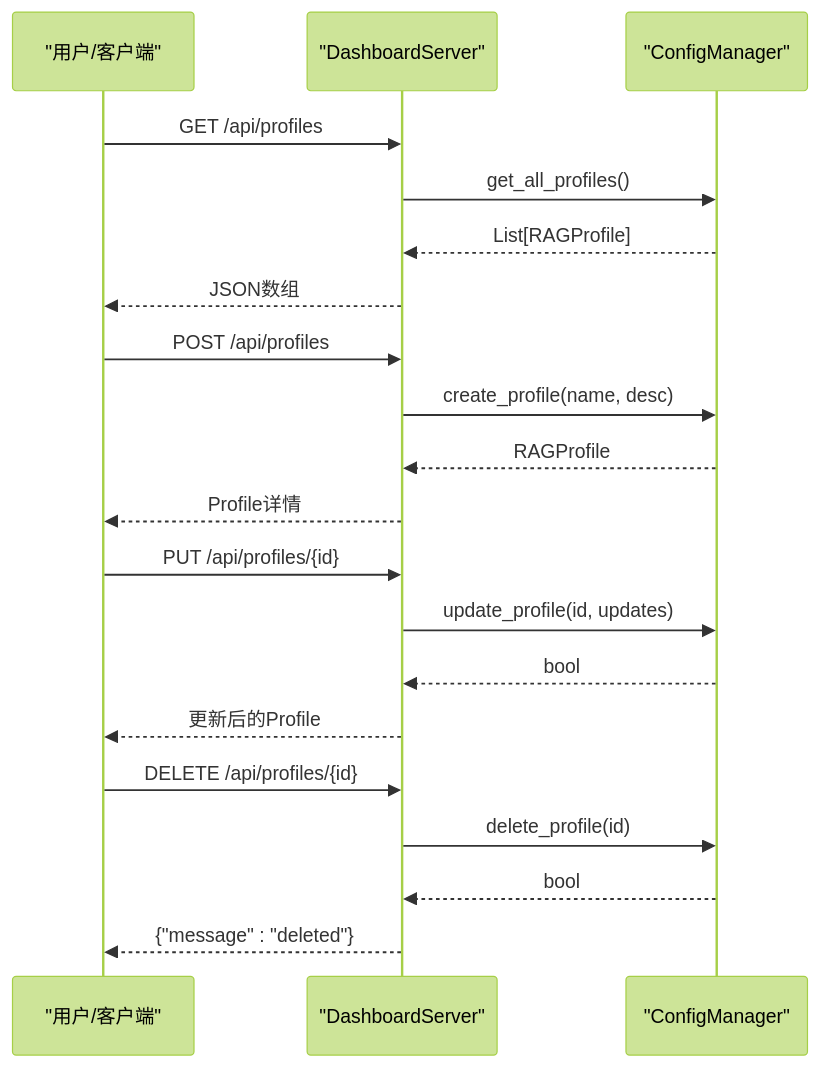
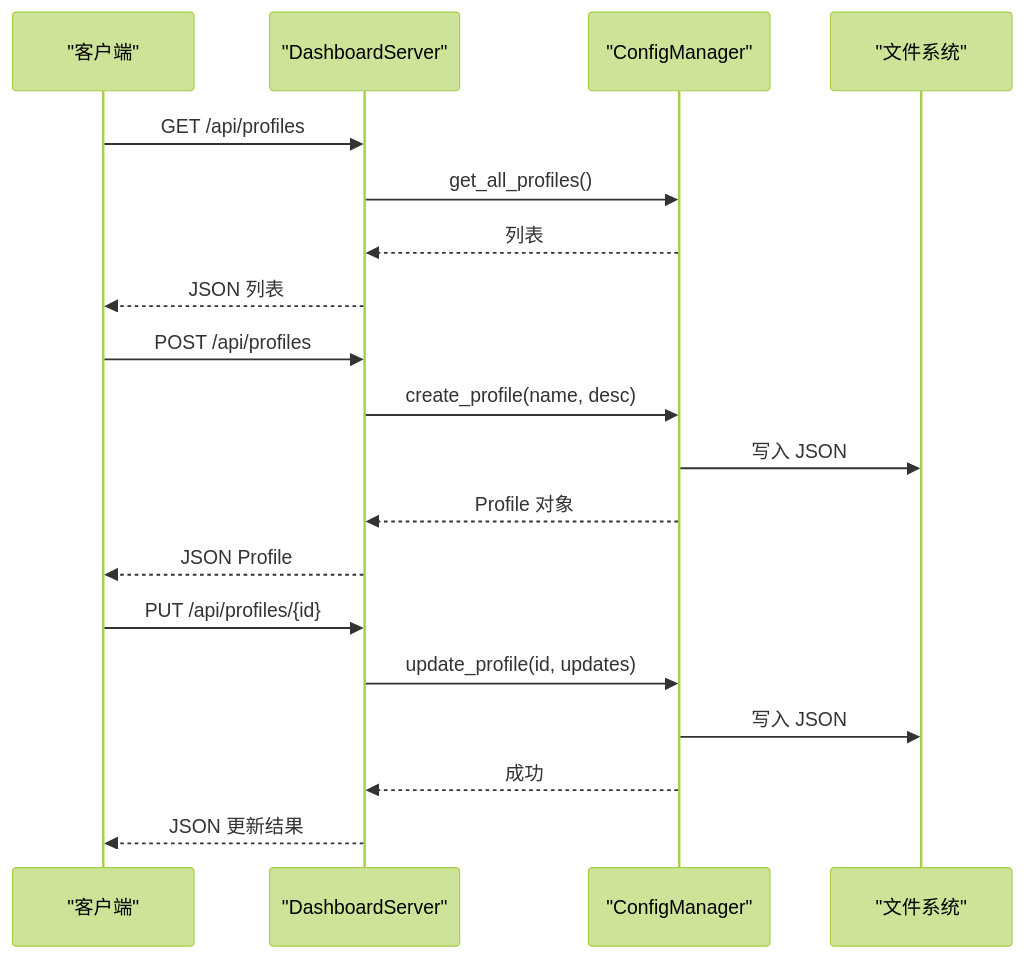
The fourth of 7 diagrams in .qoder/repowiki/zh/content/仪表板系统/仪表板系统.md (JieGaoPrinceton/NecoRAG), drawn with Mermaid (forest theme) before and after one commit. The commit also changed other lines of this file and 222 other files, not shown here.

````diff
--- a/.qoder/repowiki/zh/content/仪表板系统/仪表板系统.md
+++ b/.qoder/repowiki/zh/content/仪表板系统/仪表板系统.md
@@ -336,22 +173,21 @@
 ```mermaid
 sequenceDiagram
-participant U as "用户/客户端"
-participant API as "DashboardServer"
+participant Client as "客户端"
+participant Server as "DashboardServer"
 participant CM as "ConfigManager"
-U->>API : GET /api/profiles
-API->>CM : get_all_profiles()
-CM-->>API : List[RAGProfile]
-API-->>U : JSON数组
-U->>API : POST /api/profiles
-API->>CM : create_profile(name, desc)
-CM-->>API : RAGProfile
-API-->>U : Profile详情
-U->>API : PUT /api/profiles/{id}
-API->>CM : update_profile(id, updates)
-CM-->>API : bool
-API-->>U : 更新后的Profile
-U->>API : DELETE /api/profiles/{id}
-API->>CM : delete_profile(id)
-CM-->>API : bool
-API-->>U : {"message" : "deleted"}
+participant FS as "文件系统"
+Client->>Server : GET /api/profiles
+Server->>CM : get_all_profiles()
+CM-->>Server : 列表
+Server-->>Client : JSON 列表
+Client->>Server : POST /api/profiles
+Server->>CM : create_profile(name, desc)
+CM->>FS : 写入 JSON
+CM-->>Server : Profile 对象
+Server-->>Client : JSON Profile
+Client->>Server : PUT /api/profiles/{id}
+Server->>CM : update_profile(id, updates)
+CM->>FS : 写入 JSON
+CM-->>Server : 成功
+Server-->>Client : JSON 更新结果
 ```
````
